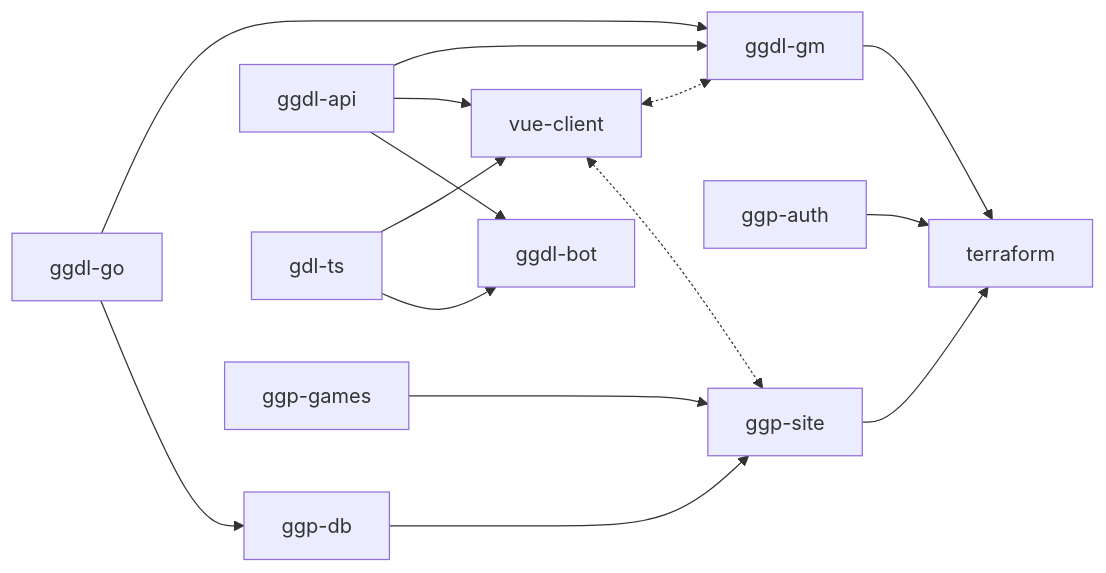
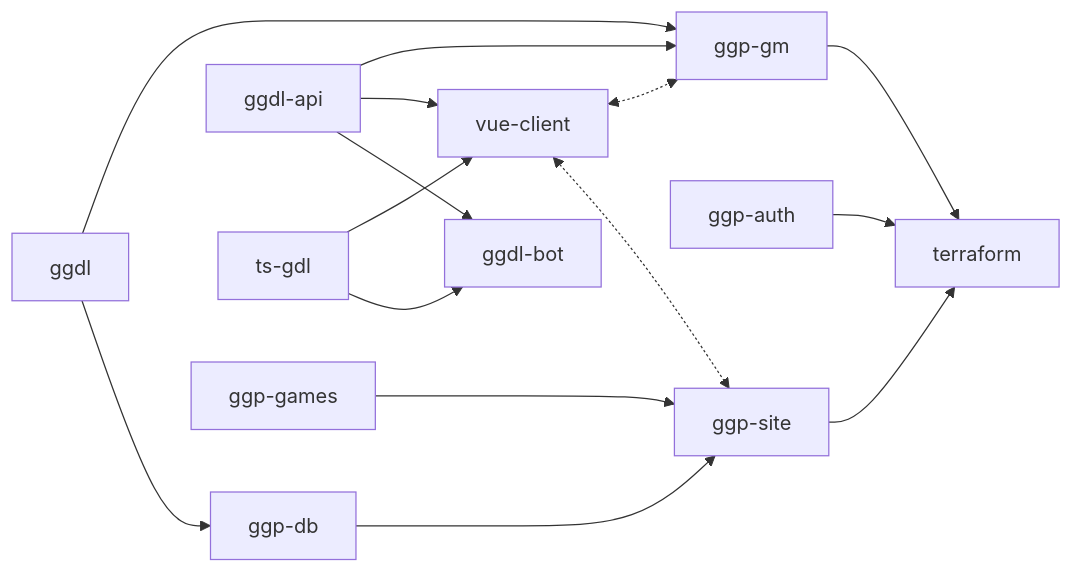
Before and after one commit to SymbolNotFound/.github: the diagram in profile/README.md, drawn with Mermaid. The commit also changed other lines of this file, not shown here.

````diff
--- a/profile/README.md
+++ b/profile/README.md
@@ -63,14 +63,14 @@
 ```mermaid
 graph LR;
-    ggdl-go-->ggp-db;
-    ggdl-go-->ggdl-gm;
+    ggdl-->ggp-db;
+    ggdl-->ggp-gm;
     ggp-auth-->terraform;
     ggp-db--->ggp-site;
-    ggdl-api & gdl-ts --> ggdl-bot & vue-client;
+    ggdl-api & ts-gdl --> ggdl-bot & vue-client;
     vue-client <-.-> ggp-site;
-    vue-client <-.-> ggdl-gm;
-    ggdl-api-->ggdl-gm;
+    vue-client <-.-> ggp-gm;
+    ggdl-api-->ggp-gm;
     ggp-games--->ggp-site;
     ggp-site-->terraform;
-    ggdl-gm-->terraform;
+    ggp-gm-->terraform;
 ```
````
